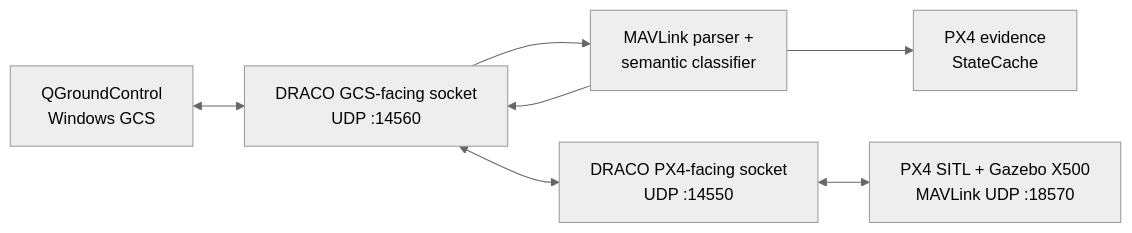
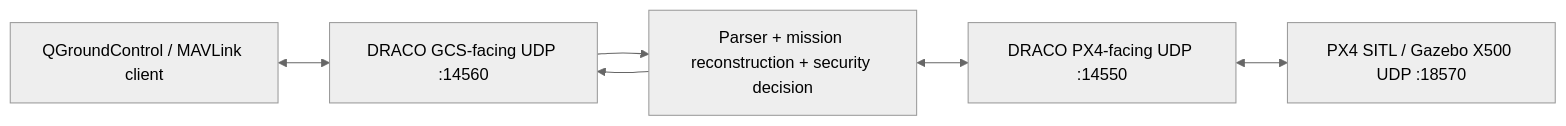
One commit to Niranjan-Chenna/draco-uav-security changed the diagram in README.md. Above: the diagram before and after it, drawn with Mermaid (neutral theme). The commit also changed other lines of this file, not shown here.

Commit message:
docs: update README for completed phase 4 security core

````diff
--- a/README.md
+++ b/README.md
@@ -20,16 +59,14 @@
 ```mermaid
 flowchart LR
-    QGC["QGroundControl<br/>Windows GCS"]
-    GCS["DRACO GCS-facing socket<br/>UDP :14560"]
-    PARSER["MAVLink parser +<br/>semantic classifier"]
-    CACHE["PX4 evidence<br/>StateCache"]
-    PX4SIDE["DRACO PX4-facing socket<br/>UDP :14550"]
-    PX4["PX4 SITL + Gazebo X500<br/>MAVLink UDP :18570"]
+    QGC["QGroundControl / MAVLink client"]
+    GCS["DRACO GCS-facing UDP :14560"]
+    CORE["Parser + mission reconstruction + security decision"]
+    PX4SIDE["DRACO PX4-facing UDP :14550"]
+    PX4["PX4 SITL / Gazebo X500 UDP :18570"]
 
     QGC <--> GCS
-    GCS --> PARSER
-    PARSER --> GCS
-    PARSER --> CACHE
-    GCS <--> PX4SIDE
+    GCS --> CORE
+    CORE --> GCS
+    CORE <--> PX4SIDE
     PX4SIDE <--> PX4
 ```
````
